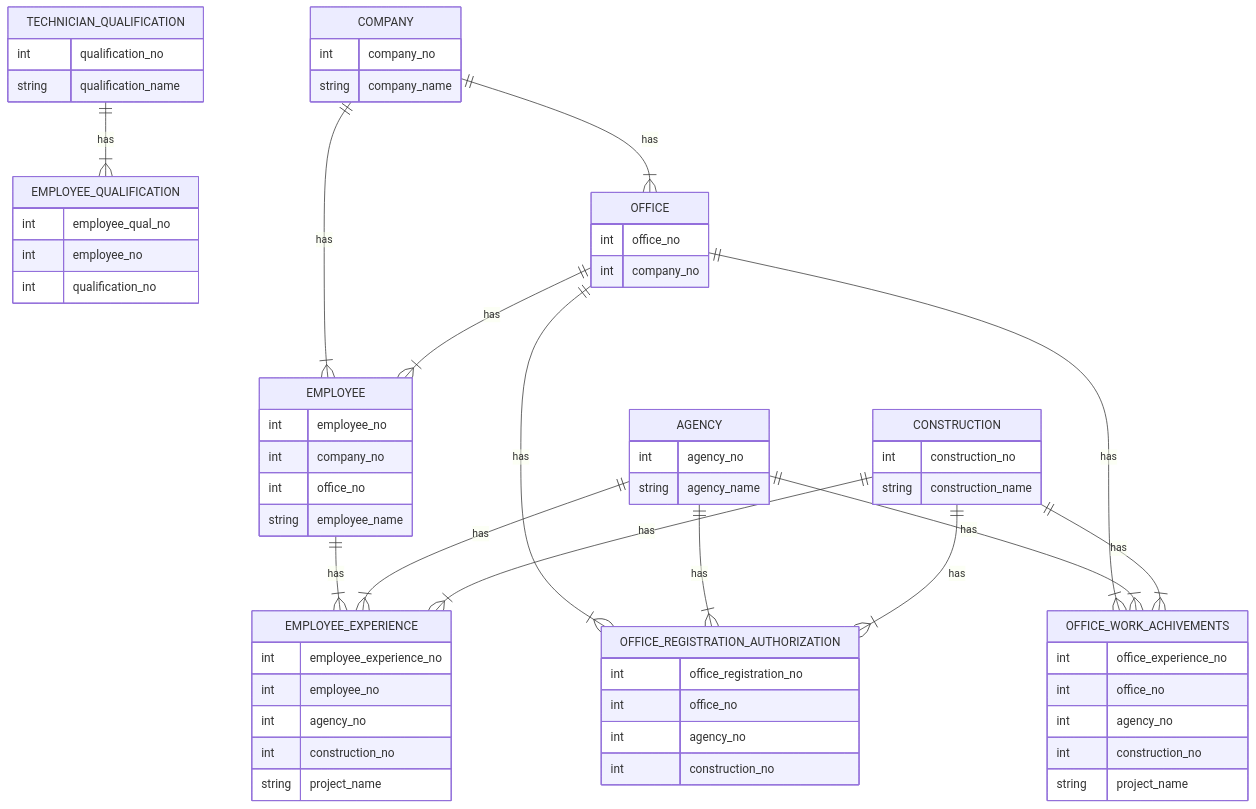
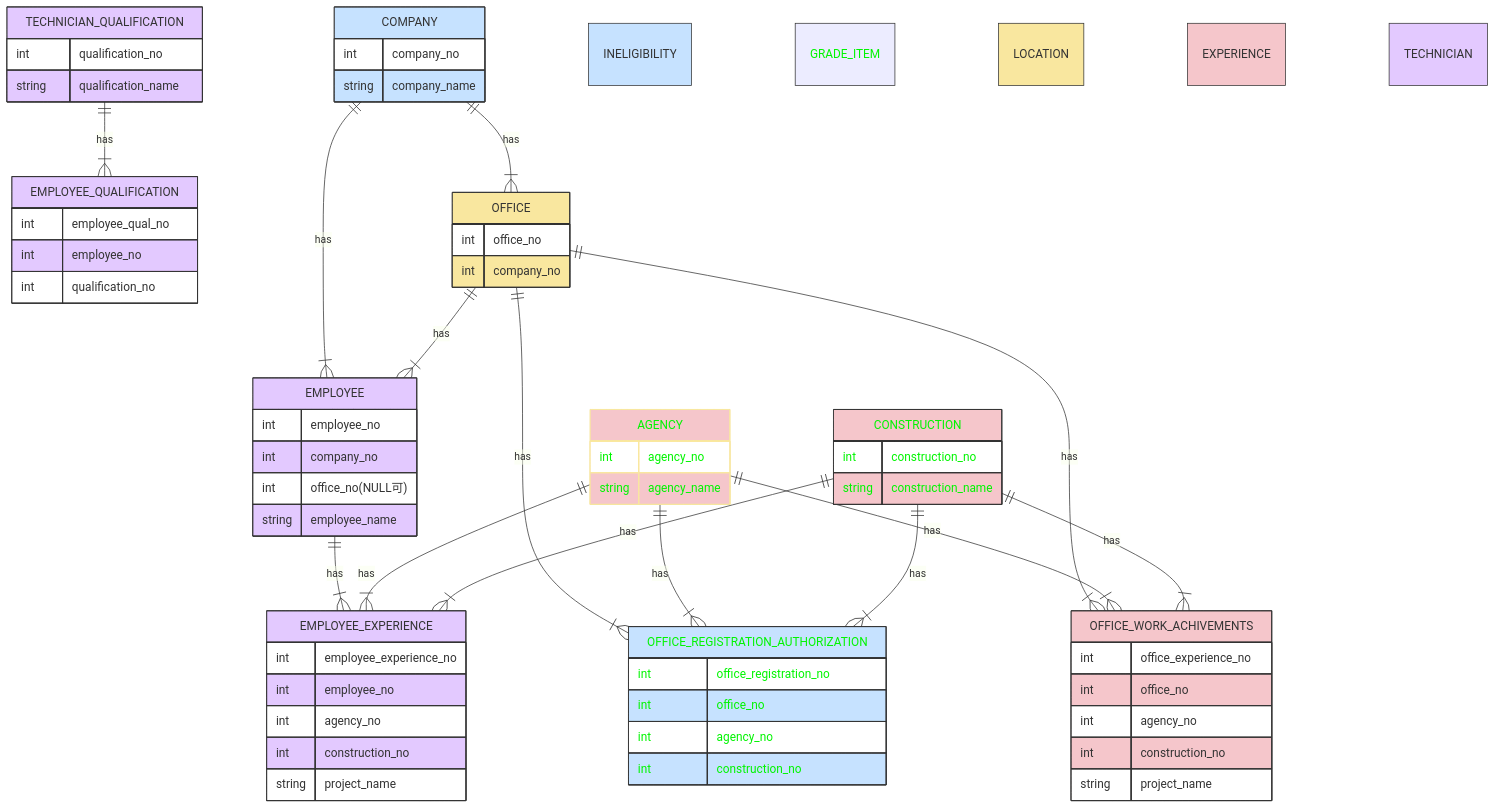
One commit to takahiro-shimizu-2/judgesystem changed the diagram in doc/master_description/ER-diagram.md. Above: the diagram before and after it, drawn with Mermaid.

Commit message:
ER図更新

````diff
--- a/doc/master_description/ER-diagram.md
+++ b/doc/master_description/ER-diagram.md
@@ -28,7 +28,7 @@
     EMPLOYEE {
         int employee_no
         int company_no
-        int office_no
+        int office_no(NULL可)
         string employee_name
     }
 
@@ -63,6 +63,12 @@
         string qualification_name
     }
 
+    INELIGIBILITY {}
+    GRADE_ITEM {}
+    LOCATION {}
+    EXPERIENCE {}
+    TECHNICIAN {}
+
     COMPANY ||--}| OFFICE : has
     COMPANY ||--}| EMPLOYEE : has
     OFFICE ||--}| EMPLOYEE : has
@@ -81,4 +87,42 @@
 
     TECHNICIAN_QUALIFICATION ||--}| EMPLOYEE_QUALIFICATION : has
 
+    %% パステルブルー
+    classDef COLOR_INELIGIBILITY fill:#c6e2ff,stroke:#333,stroke-width:1px
+    %% パステルグリーン
+    classDef COLOR_GRADE_ITEM stroke:#333,stroke-width:1px,color:#00f500
+    %% パステルイエロー
+    classDef COLOR_LOCATION fill:#f9e79f,stroke:#333,stroke-width:1px
+    %% パステルピンク
+    classDef COLOR_EXPERIENCE fill:#f5c6cb,stroke:#333,stroke-width:1px
+    %% パステルグレープ
+    classDef COLOR_TECHNICIAN fill:#e3c9ff,stroke:#333,stroke-width:1px
+    %% office_registration用カラー
+    classDef COLOR_OFFICE_REGISTRATION_AUTHORIZATION fill:#c6e2ff,stroke:#333,stroke-width:1px,color:#00f500
+    %% agency用カラー
+    classDef COLOR_AGENCY fill:#f5c6cb,stroke:#f9e79f,stroke-width:1px,color:#00f500
+    %% construction用カラー
+    classDef COLOR_CONSTRUCTION fill:#f5c6cb,stroke:#333,stroke-width:1px,color:#00f500
+
+    class INELIGIBILITY COLOR_INELIGIBILITY
+    class COMPANY COLOR_INELIGIBILITY
+
+    class GRADE_ITEM COLOR_GRADE_ITEM
+
+    class LOCATION COLOR_LOCATION
+    class OFFICE COLOR_LOCATION
+
+    class EXPERIENCE COLOR_EXPERIENCE
+    class OFFICE_WORK_ACHIVEMENTS COLOR_EXPERIENCE
+
+    class TECHNICIAN COLOR_TECHNICIAN
+    class EMPLOYEE COLOR_TECHNICIAN
+    class EMPLOYEE_EXPERIENCE COLOR_TECHNICIAN
+    class EMPLOYEE_QUALIFICATION COLOR_TECHNICIAN
+    class TECHNICIAN_QUALIFICATION COLOR_TECHNICIAN
+
+    class OFFICE_REGISTRATION_AUTHORIZATION COLOR_OFFICE_REGISTRATION_AUTHORIZATION
+    class AGENCY COLOR_AGENCY
+    class CONSTRUCTION COLOR_CONSTRUCTION
+
 ```
````
